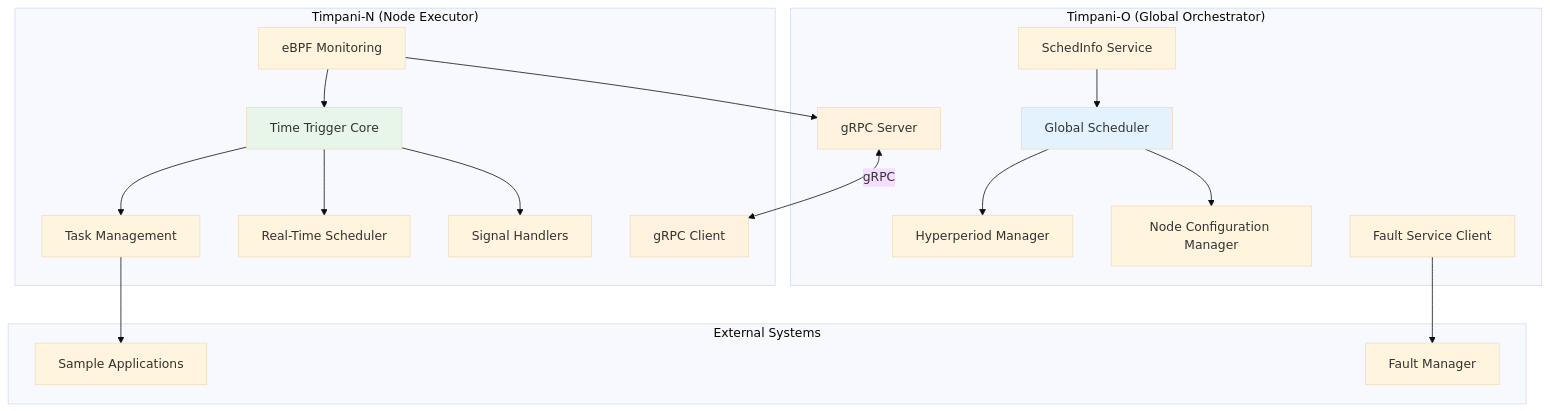
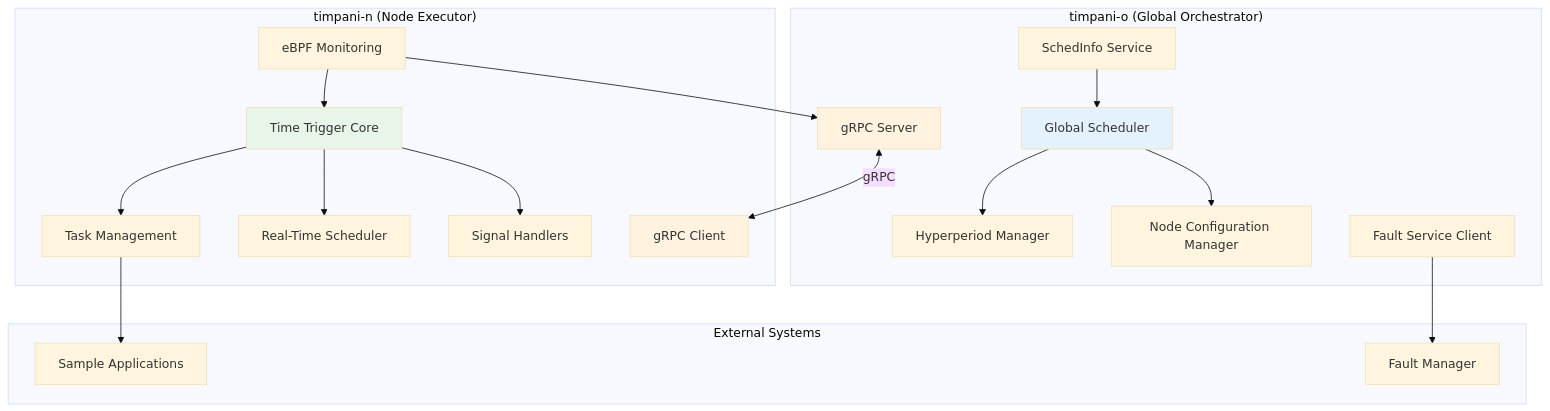
Before and after one commit to akshaylg0314/timpani-akshay: the first of 3 diagrams in doc/architecture/timpani_architecture.md, drawn with Mermaid (base theme). The commit also changed other lines of this file and 4 other files, not shown here.

Commit message:
docs: update documentation to standardize phases to steps in development and migration roadmaps

````diff
--- a/doc/architecture/timpani_architecture.md
+++ b/doc/architecture/timpani_architecture.md
@@ -25,45 +25,45 @@
 ```mermaid
 graph TB
-    subgraph "Timpani-O (Global Orchestrator)"
+    subgraph "timpani-o (Global Orchestrator)"
         O1[Global Scheduler]
         O2[Hyperperiod Manager]
         O3[Node Configuration Manager]
         O4[SchedInfo Service]
         O5[Fault Service Client]
         O6[gRPC Server]
     end
 
-    subgraph "Timpani-N (Node Executor)"
+    subgraph "timpani-n (Node Executor)"
         N1[Time Trigger Core]
         N2[Task Management]
         N3[Real-Time Scheduler]
         N4[eBPF Monitoring]
         N5[Signal Handlers]
         N6[gRPC Client]
     end
 
     subgraph "External Systems"
         E1[Sample Applications]
         E2[Fault Manager]
     end
 
     O1 --> O2
     O1 --> O3
     O4 --> O1
     O5 --> E2
 
     O6 <-->|gRPC| N6
 
     N1 --> N2
     N1 --> N3
     N1 --> N5
     N4 --> N1
 
     N2 --> E1
     N4 --> O6
 
     style O1 fill:#e3f2fd
     style N1 fill:#e8f5e9
     style O6 fill:#fff3e0
     style N6 fill:#fff3e0
 ```
````
